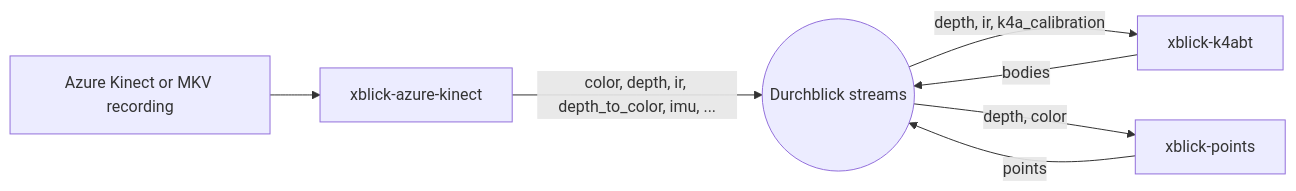
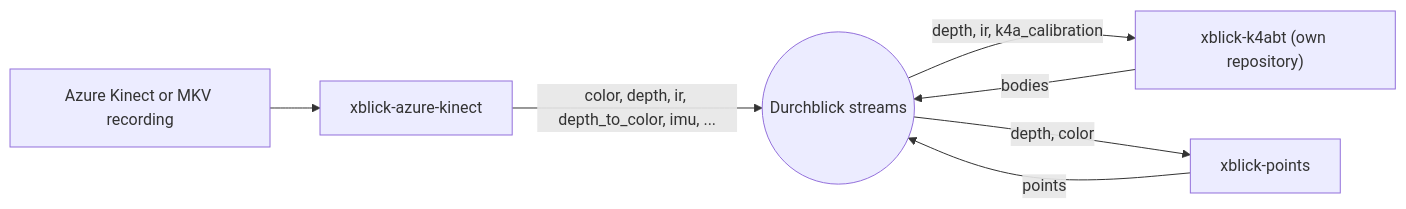
The diagram in docs/design.md (xblick/xblick-azure-kinect), drawn with Mermaid before and after one commit. The commit also changed other lines of this file and 21 other files, not shown here.

First line of the commit message:
0.4.0: body tracking moves to the repository xblick-k4abt

````diff
--- a/docs/design.md
+++ b/docs/design.md
@@ -8,9 +8,9 @@
 ```mermaid
 flowchart LR
   K[Azure Kinect or MKV recording] --> C[xblick-azure-kinect]
   C -- "color, depth, ir, depth_to_color, imu, ..." --> S((Durchblick streams))
-  S -- "depth, ir, k4a_calibration" --> B[xblick-k4abt]
+  S -- "depth, ir, k4a_calibration" --> B["xblick-k4abt (own repository)"]
   S -- "depth, color" --> P[xblick-points]
   B -- bodies --> S
   P -- points --> S
 ```
````
